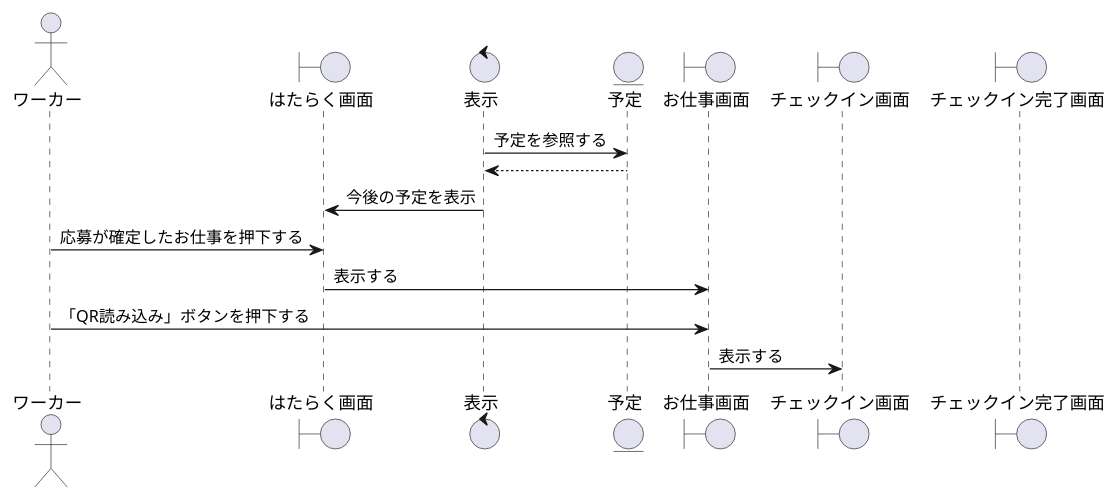
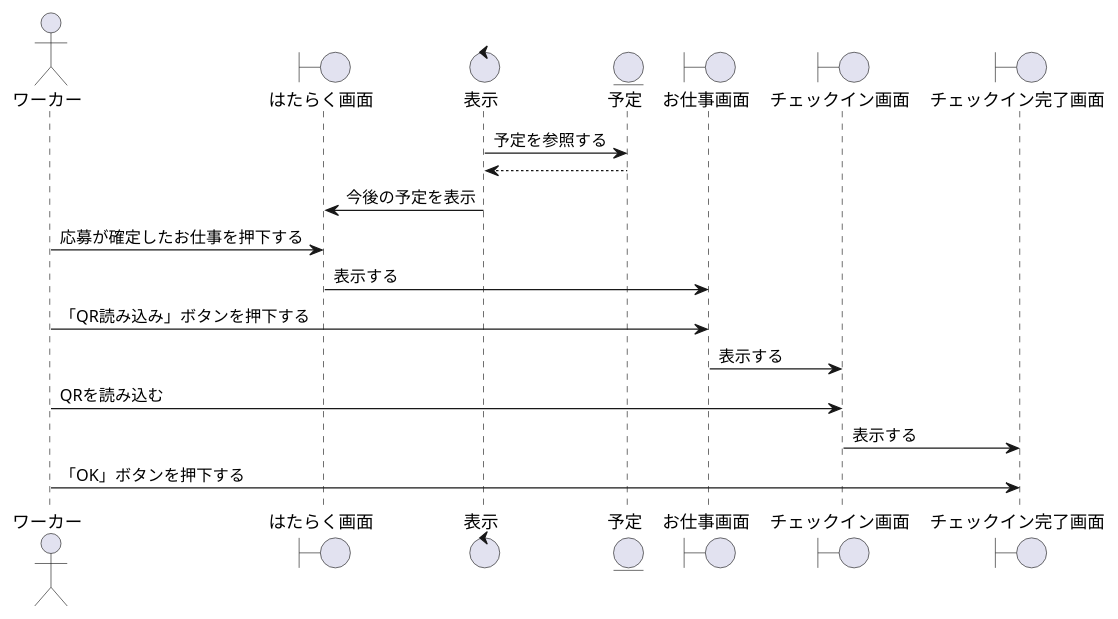
Before and after one commit to irukacb256/high_Me: the diagram in sequence_fig/4_business_fn/1_QRの読み取りをする.pu, drawn with PlantUML. The commit also changed 15 other files, not shown here.

```diff
--- a/sequence_fig/4_business_fn/1_QRの読み取りをする.pu
+++ b/sequence_fig/4_business_fn/1_QRの読み取りをする.pu
@@ -1,27 +1,31 @@
 @startuml QRの読み取りをする
 
 ' 1
 actor ワーカー as wo1
 boundary はたらく画面 as wk1
 control 表示 as co1
 entity 予定 as en1
 boundary お仕事画面 as wk2
 boundary チェックイン画面 as ch1
 boundary チェックイン完了画面 as cc1
 
 co1 -> en1 : 予定を参照する
 en1 --> co1 
 
 co1 -> wk1 : 今後の予定を表示
 
 wo1 -> wk1 : 応募が確定したお仕事を押下する
 
 wk1 -> wk2 : 表示する
 
 wo1 -> wk2 : 「QR読み込み」ボタンを押下する
 
 wk2 -> ch1 : 表示する
 
+wo1 -> ch1 : QRを読み込む
 
+ch1 -> cc1 : 表示する
+
+wo1 -> cc1 : 「OK」ボタンを押下する
 
 @enduml
```
